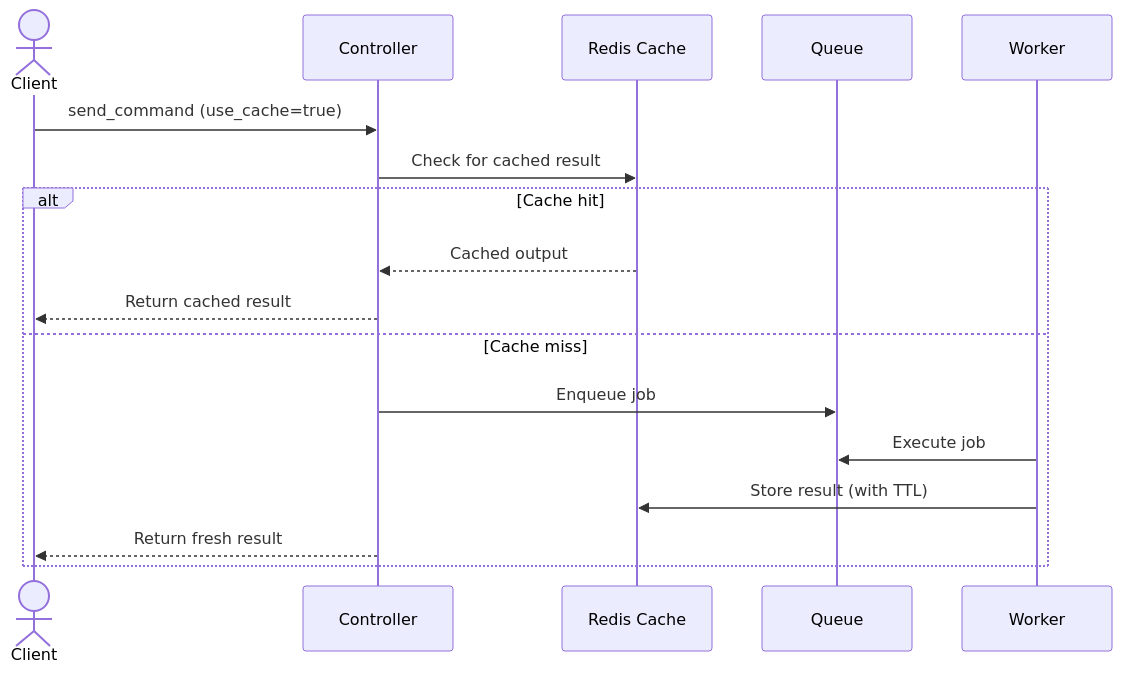
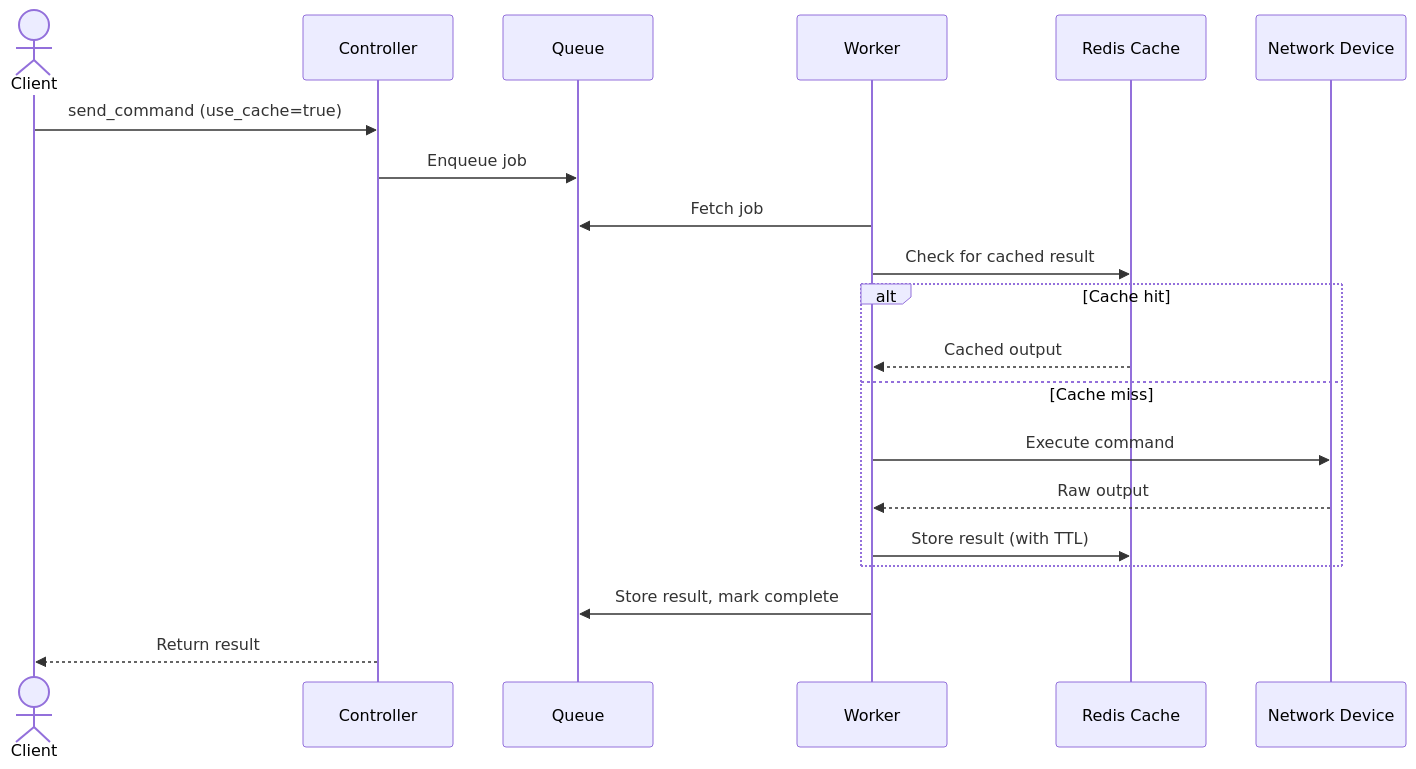
One commit to wrgeorge1983/Tom changed the third of 3 diagrams in docs/docs/real/architecture.md. Above: the diagram before and after it, drawn with Mermaid. The commit also changed other lines of this file and 3 other files, not shown here.

````diff
--- a/docs/docs/real/architecture.md
+++ b/docs/docs/real/architecture.md
@@ -172,20 +174,23 @@
 ```mermaid
 sequenceDiagram
     actor C as Client
     participant T as Controller
-    participant Cache as Redis Cache
     participant Q as Queue
     participant W as Worker
+    participant Cache as Redis Cache
+    participant D as Network Device
     
     C ->> T: send_command (use_cache=true)
-    T ->> Cache: Check for cached result
+    T ->> Q: Enqueue job
+    W ->> Q: Fetch job
+    W ->> Cache: Check for cached result
     alt Cache hit
-        Cache -->> T: Cached output
-        T -->> C: Return cached result
+        Cache -->> W: Cached output
     else Cache miss
-        T ->> Q: Enqueue job
-        W ->> Q: Execute job
+        W ->> D: Execute command
+        D -->> W: Raw output
         W ->> Cache: Store result (with TTL)
-        T -->> C: Return fresh result
     end
+    W ->> Q: Store result, mark complete
+    T -->> C: Return result
 ```
````
